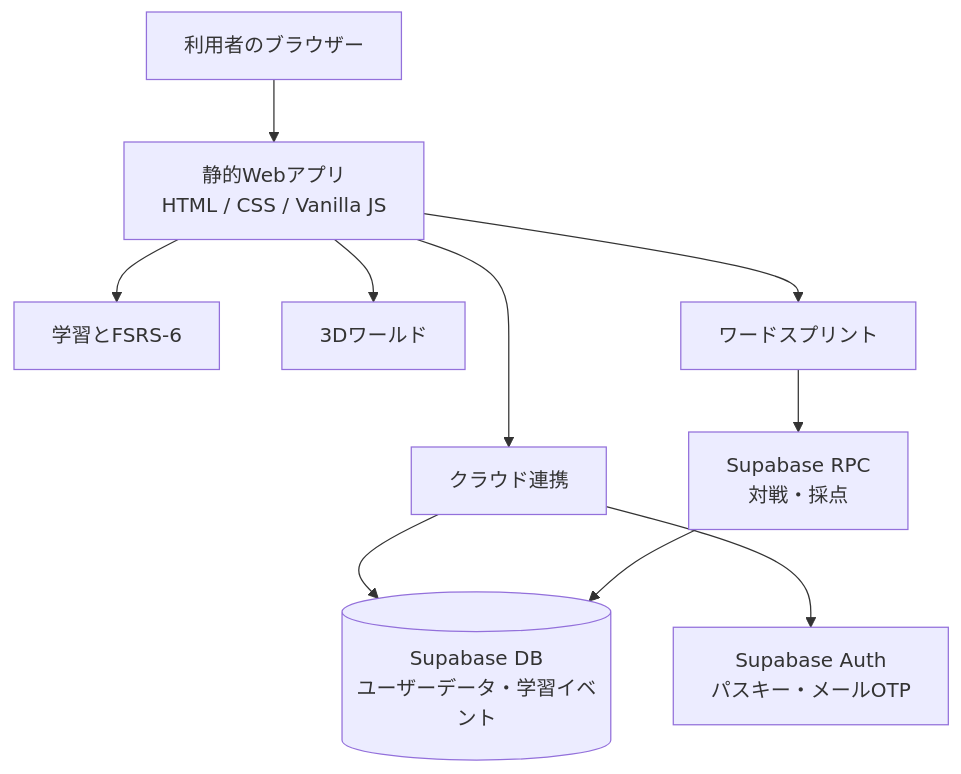
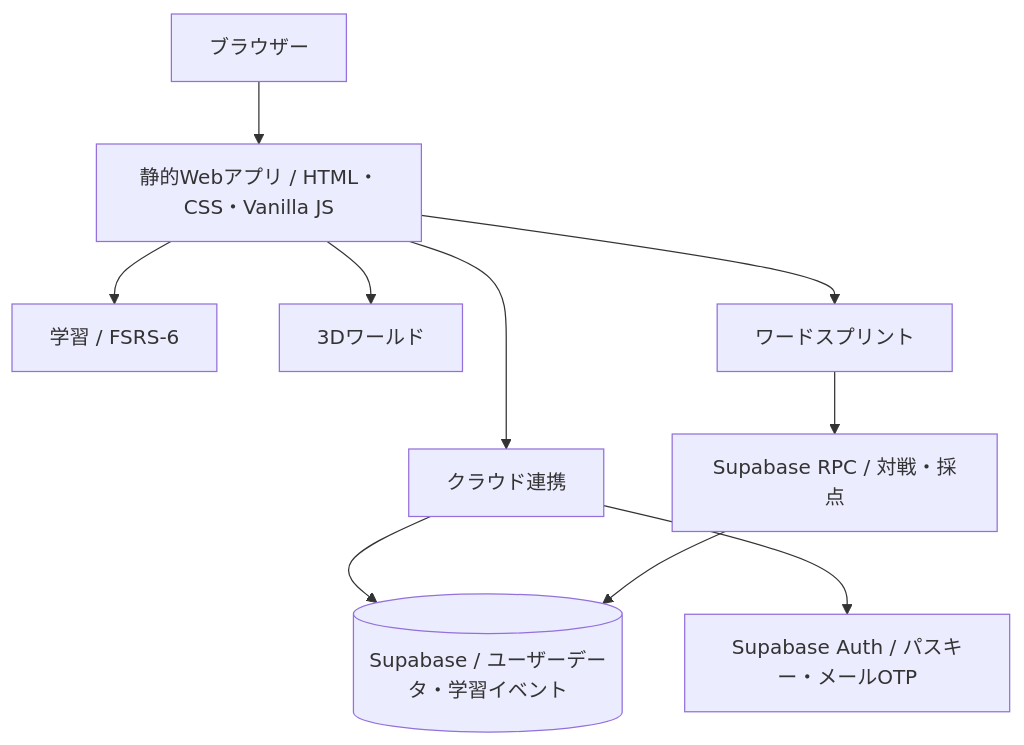
Before and after one commit to rattokun-1/lexora: the diagram in README.md, drawn with Mermaid. The commit also changed other lines of this file and 5 other files, not shown here.

Commit message:
Update README.md and add feature SVGs for account, explore, learn, and sprint

````diff
--- a/README.md
+++ b/README.md
@@ -121,12 +122,12 @@
 ```mermaid
-flowchart TD
-    U[利用者のブラウザー] --> A[静的Webアプリ<br/>HTML / CSS / Vanilla JS]
-    A --> L[学習とFSRS-6]
-    A --> W[3Dワールド]
-    A --> D[ワードスプリント]
-    A --> C[クラウド連携]
-    C --> AUTH[Supabase Auth<br/>パスキー・メールOTP]
-    C --> DB[(Supabase DB<br/>ユーザーデータ・学習イベント)]
-    D --> RPC[Supabase RPC<br/>対戦・採点]
+flowchart TB
+    USER[ブラウザー] --> APP[静的Webアプリ / HTML・CSS・Vanilla JS]
+    APP --> LEARN[学習 / FSRS-6]
+    APP --> WORLD[3Dワールド]
+    APP --> SPRINT[ワードスプリント]
+    APP --> CLOUD[クラウド連携]
+    CLOUD --> AUTH[Supabase Auth / パスキー・メールOTP]
+    CLOUD --> DB[(Supabase / ユーザーデータ・学習イベント)]
+    SPRINT --> RPC[Supabase RPC / 対戦・採点]
     RPC --> DB
 ```
````
